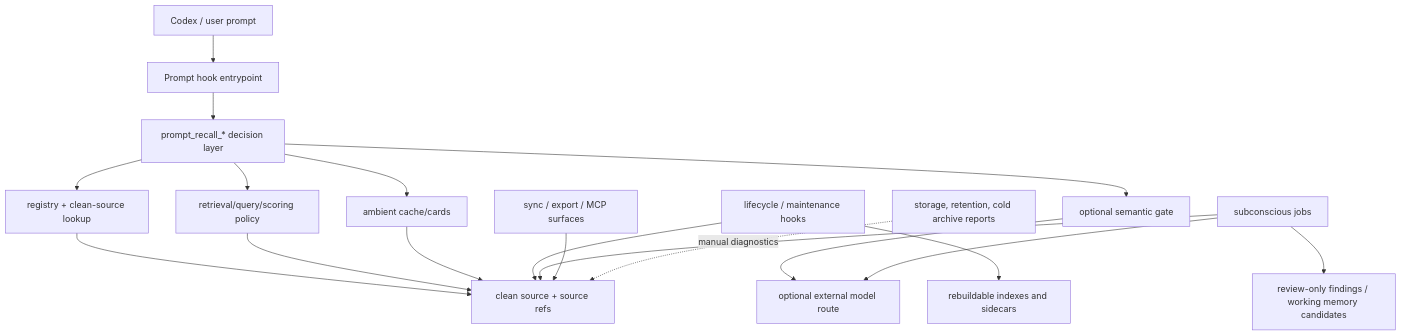
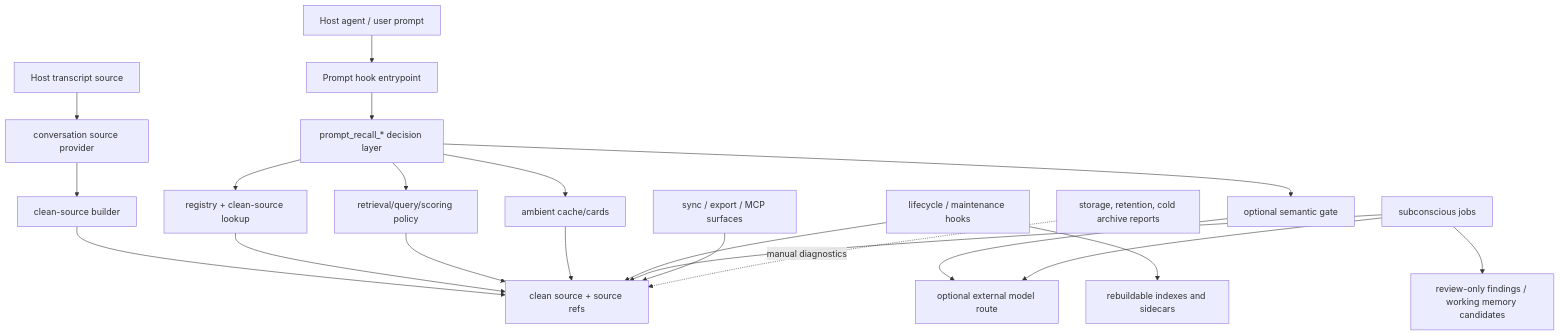
One commit to Sapientropic/AIppocampus changed the diagram in docs/architecture/runtime-script-map.md. Above: the diagram before and after it, drawn with Mermaid. The commit also changed other lines of this file and 17 other files, not shown here.

Commit message:
feat: add conversation provider onboarding facade

````diff
--- a/docs/architecture/runtime-script-map.md
+++ b/docs/architecture/runtime-script-map.md
@@ -18,20 +18,23 @@
 ```mermaid
 flowchart TD
-    User["Codex / user prompt"] --> Hook["Prompt hook entrypoint"]
+    User["Host agent / user prompt"] --> Hook["Prompt hook entrypoint"]
+    HostSource["Host transcript source"] --> Provider["conversation source provider"]
+    Provider --> SourceBuilder["clean-source builder"]
+    SourceBuilder --> Source["clean source + source refs"]
     Hook --> Decision["prompt_recall_* decision layer"]
     Decision --> Registry["registry + clean-source lookup"]
     Decision --> Retrieval["retrieval/query/scoring policy"]
     Decision --> Semantic["optional semantic gate"]
     Decision --> Ambient["ambient cache/cards"]
     Registry --> Source["clean source + source refs"]
     Retrieval --> Source
     Semantic --> Model["optional external model route"]
     Ambient --> Source
     Lifecycle["lifecycle / maintenance hooks"] --> Source
     Lifecycle --> Cache["rebuildable indexes and sidecars"]
     Subconscious["subconscious jobs"] --> Source
     Subconscious --> Model
     Subconscious --> Findings["review-only findings / working memory candidates"]
     Sync["sync / export / MCP surfaces"] --> Source
     Ops["storage, retention, cold archive reports"] -. manual diagnostics .-> Source
 ```
````
